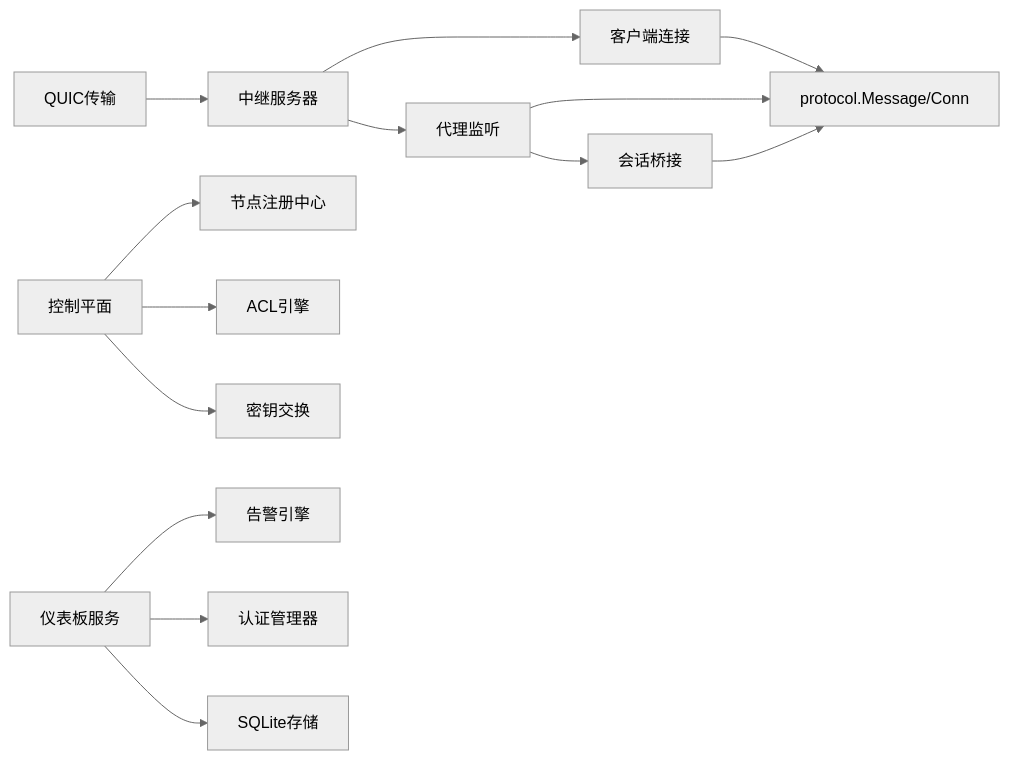
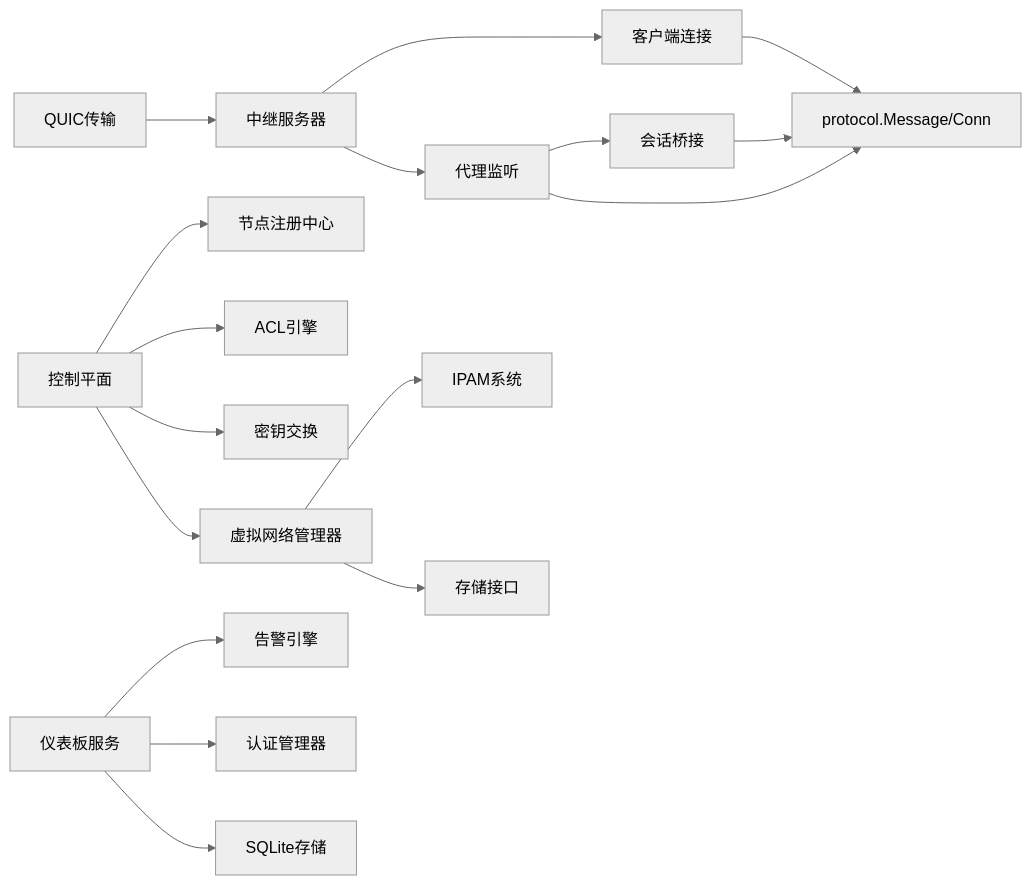
Before and after one commit to itsharex/NexTunnel: the tenth of 10 diagrams in .qoder/repowiki/zh/content/服务端架构/服务端架构.md, drawn with Mermaid (neutral theme). The commit also changed other lines of this file and 23 other files, not shown here.

````diff
--- a/.qoder/repowiki/zh/content/服务端架构/服务端架构.md
+++ b/.qoder/repowiki/zh/content/服务端架构/服务端架构.md
@@ -533,16 +661,19 @@
 ```mermaid
 graph LR
 Server["中继服务器"] --> ClientConn["客户端连接"]
 Server --> Proxy["代理监听"]
 Proxy --> Session["会话桥接"]
 ClientConn --> Proto["protocol.Message/Conn"]
 Proxy --> Proto
 Session --> Proto
 ControlPlane["控制平面"] --> NodeRegistry["节点注册中心"]
 ControlPlane --> ACLEngine["ACL引擎"]
 ControlPlane --> KeyExchange["密钥交换"]
+ControlPlane --> VirtualNetworkManager["虚拟网络管理器"]
+VirtualNetworkManager --> IPAM["IPAM系统"]
+VirtualNetworkManager --> Store["存储接口"]
 DashboardServer["仪表板服务"] --> AlertEngine["告警引擎"]
 DashboardServer --> AuthManager["认证管理器"]
 DashboardServer --> SQLiteStore["SQLite存储"]
 QUIC["QUIC传输"] --> Server
 ```
````
